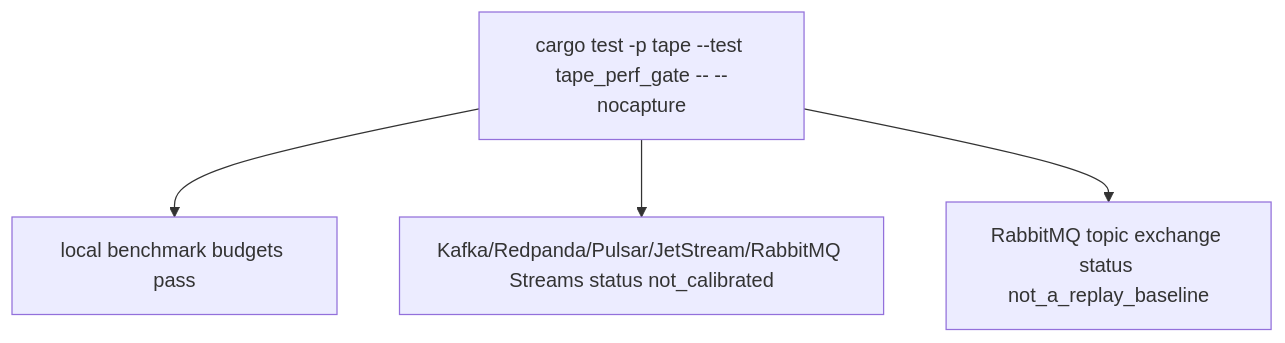
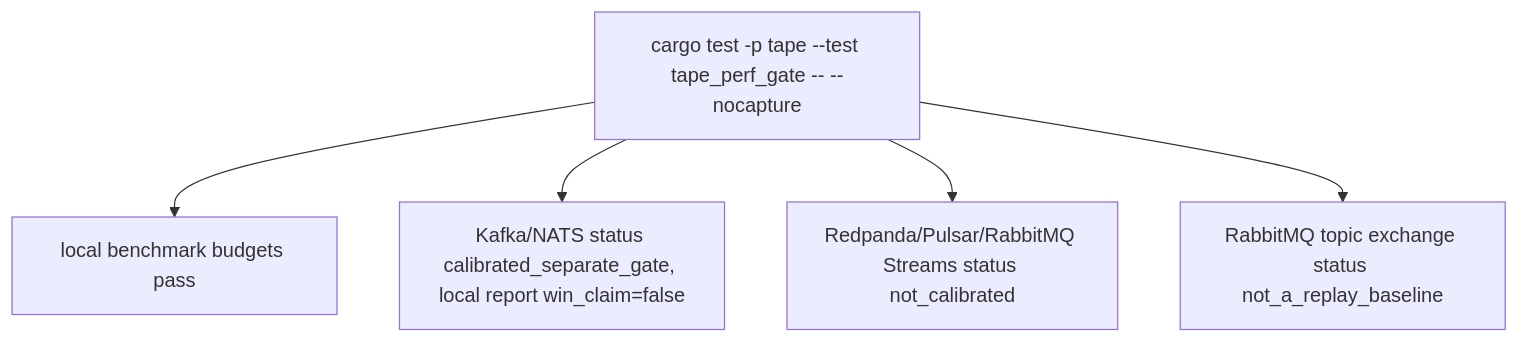
Before and after one commit to chrischeng-c4/axiom: the diagram in apps/tape/tech-design/semantic/source/apps-tape-tests-tape-perf-gate-rs.md, drawn with Mermaid. The commit also changed 297 other files, not shown here.

````diff
--- a/apps/tape/tech-design/semantic/source/apps-tape-tests-tape-perf-gate-rs.md
+++ b/apps/tape/tech-design/semantic/source/apps-tape-tests-tape-perf-gate-rs.md
@@ -26,9 +26,10 @@
 ```mermaid
 ---
 id: tape-td-flow
 ---
 flowchart TD
     test["cargo test -p tape --test tape_perf_gate -- --nocapture"] --> local["local benchmark budgets pass"]
-    test --> peers["Kafka/Redpanda/Pulsar/JetStream/RabbitMQ Streams status not_calibrated"]
+    test --> calibrated["Kafka/NATS status calibrated_separate_gate, local report win_claim=false"]
+    test --> peers["Redpanda/Pulsar/RabbitMQ Streams status not_calibrated"]
     test --> exchange["RabbitMQ topic exchange status not_a_replay_baseline"]
 ```
````
